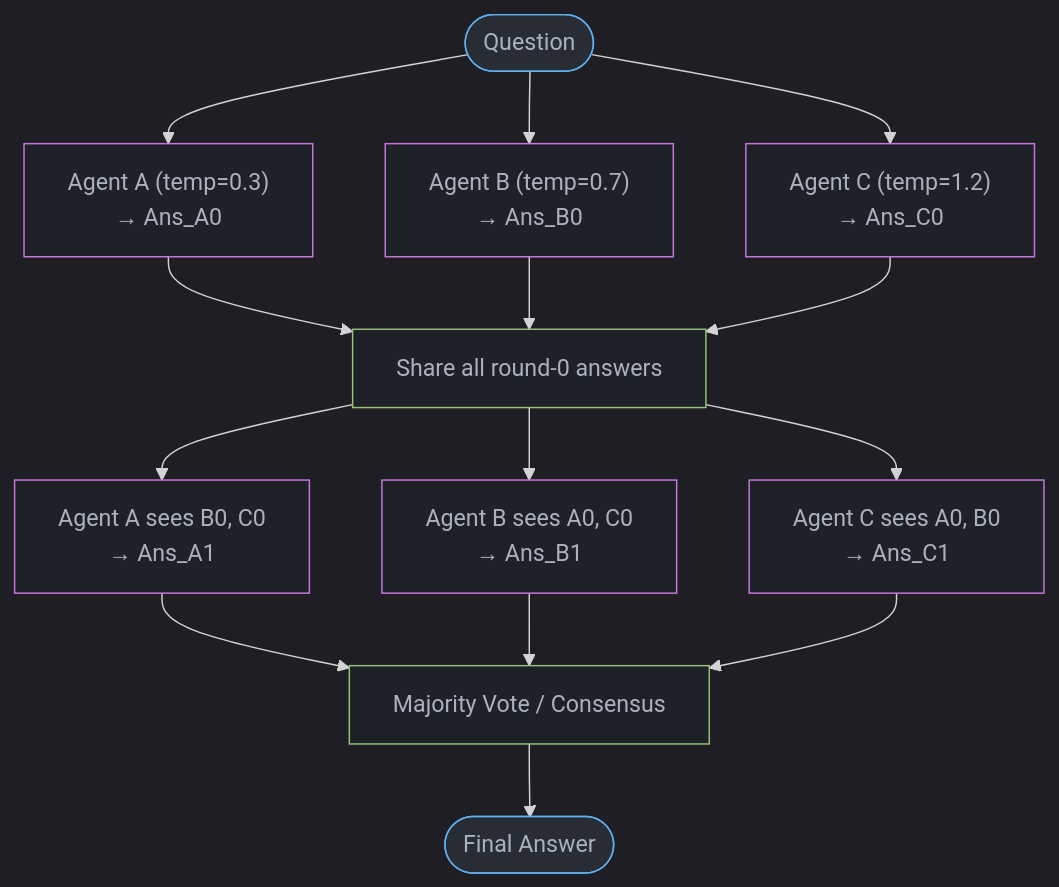
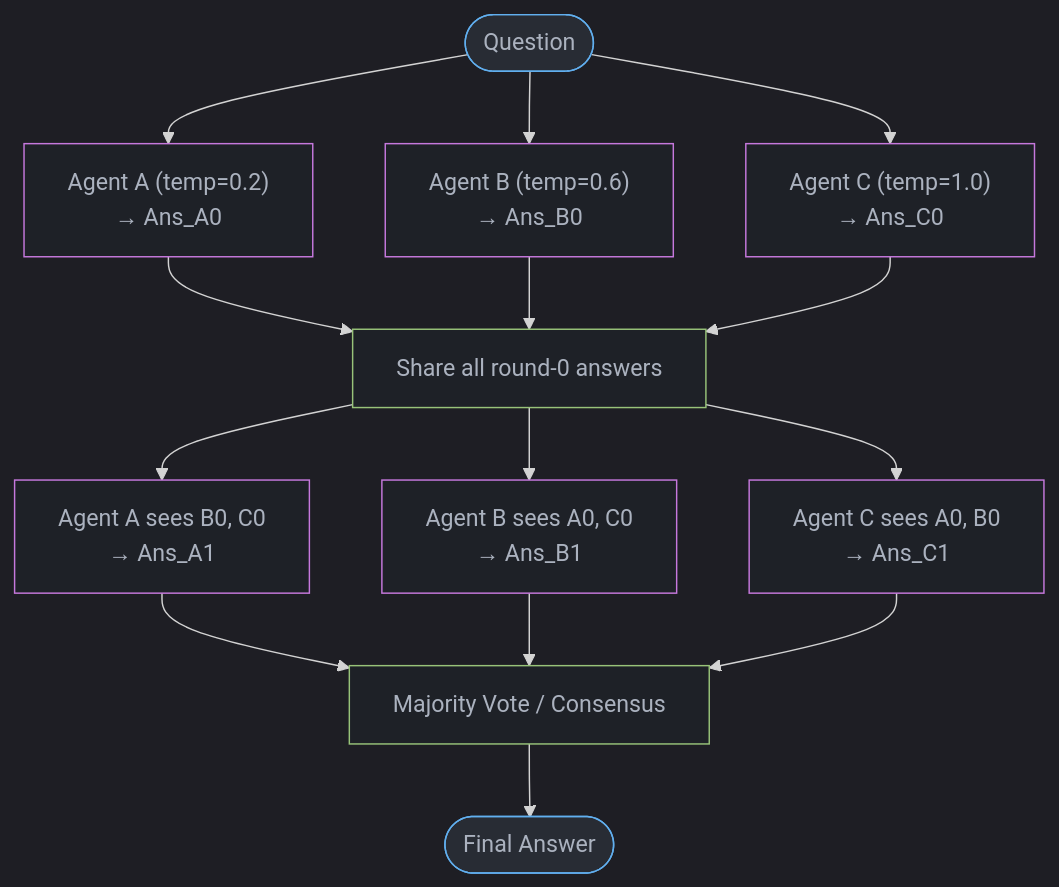
Before and after one commit to rppol/system-design: the first of 5 diagrams in src/main/java/com/rutik/systemdesign/llm/multi_agent_systems/agent_debate_and_consensus.md, drawn with Mermaid. The commit also changed other lines of this file and 113 other files, not shown here.

````diff
--- a/src/main/java/com/rutik/systemdesign/llm/multi_agent_systems/agent_debate_and_consensus.md
+++ b/src/main/java/com/rutik/systemdesign/llm/multi_agent_systems/agent_debate_and_consensus.md
@@ -154,24 +156,24 @@
 ```mermaid
 %%{init: {'flowchart': {'curve': 'basis'}, 'theme': 'dark'}}%%
 flowchart TD
     Q([Question]) --> A0 & B0 & C0
-    A0["Agent A (temp=0.3)\n→ Ans_A0"]
-    B0["Agent B (temp=0.7)\n→ Ans_B0"]
-    C0["Agent C (temp=1.2)\n→ Ans_C0"]
+    A0["Agent A (temp=0.2)\n→ Ans_A0"]
+    B0["Agent B (temp=0.6)\n→ Ans_B0"]
+    C0["Agent C (temp=1.0)\n→ Ans_C0"]
     A0 & B0 & C0 --> Share["Share all round-0 answers"]
     Share --> A1 & B1 & C1
     A1["Agent A sees B0, C0\n→ Ans_A1"]
     B1["Agent B sees A0, C0\n→ Ans_B1"]
     C1["Agent C sees A0, B0\n→ Ans_C1"]
     A1 & B1 & C1 --> Vote["Majority Vote / Consensus"]
     Vote --> Final([Final Answer])
 
     classDef io     fill:#282c34,stroke:#61afef,color:#abb2bf
     classDef proc   fill:#1e2127,stroke:#98c379,color:#abb2bf
     classDef llm    fill:#1e2127,stroke:#c678dd,color:#abb2bf
     classDef store  fill:#1e2127,stroke:#56b6c2,color:#abb2bf
 
     class Q,Final io
     class A0,B0,C0,A1,B1,C1 llm
     class Share,Vote proc
 ```
````
